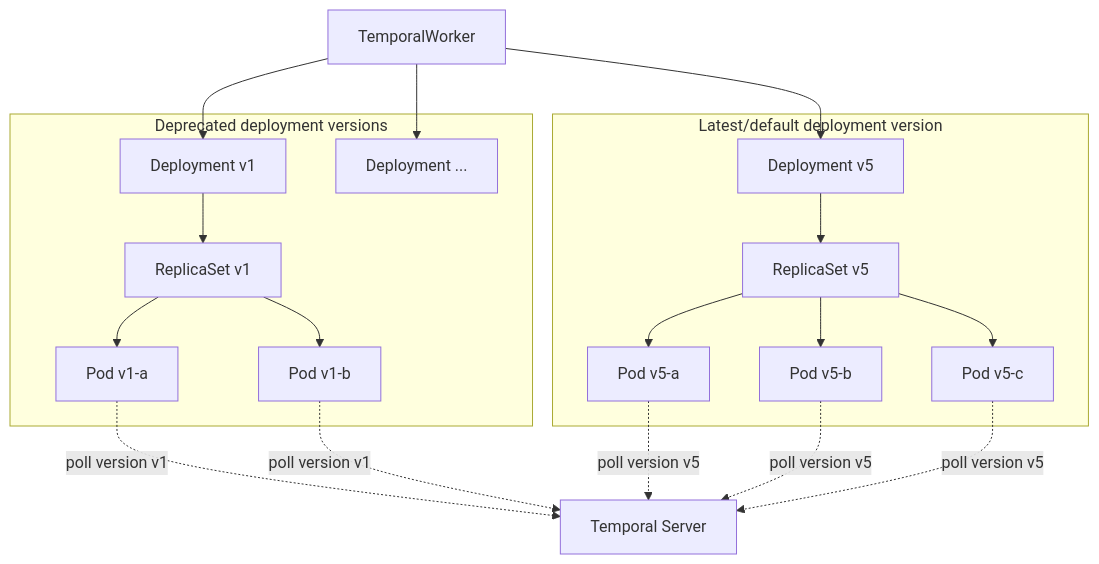
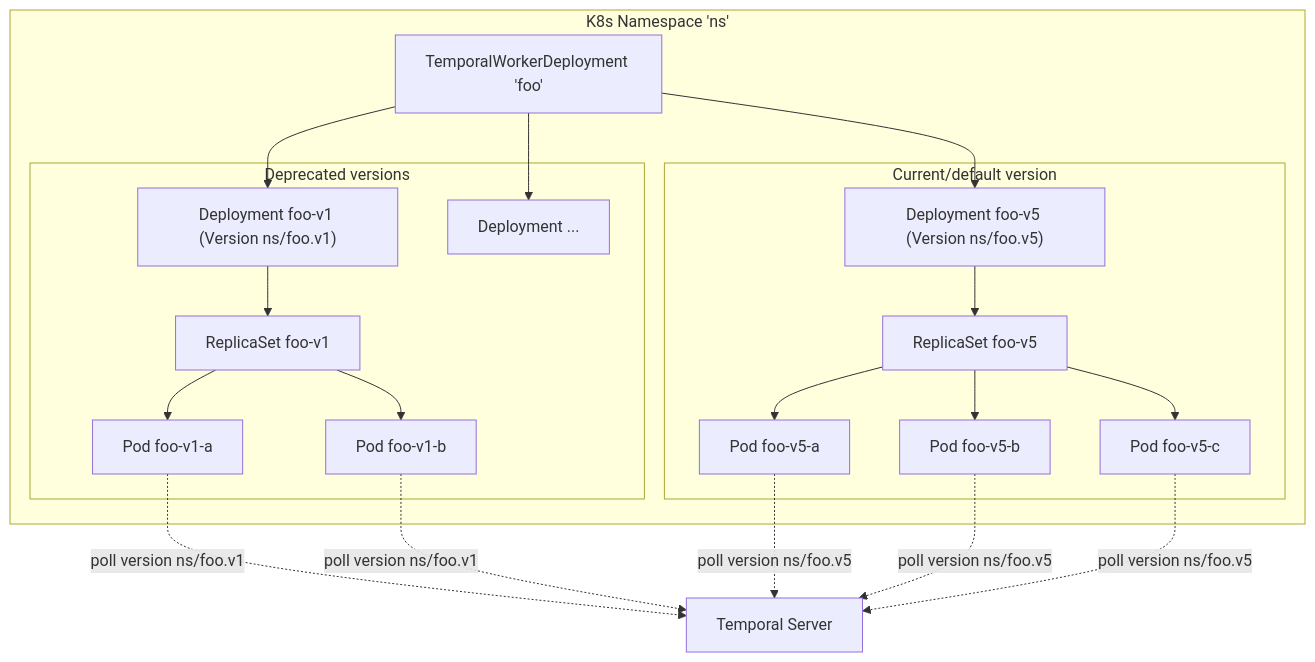
One commit to shashwatsuri/temporal-worker-controller changed the first of 2 diagrams in README.md. Above: the diagram before and after it, drawn with Mermaid. The commit also changed other lines of this file and 2 other files, not shown here.

````diff
--- a/README.md
+++ b/README.md
@@ -66,41 +73,43 @@
 ```mermaid
 flowchart TD
-    wd[TemporalWorker]
-
-    subgraph "Latest/default deployment version"
-        d5["Deployment v5"]
-        rs5["ReplicaSet v5"]
-        p5a["Pod v5-a"]
-        p5b["Pod v5-b"]
-        p5c["Pod v5-c"]
+    subgraph "K8s Namespace 'ns'"
+      twd[TemporalWorkerDeployment 'foo']
+      
+      subgraph "Current/default version"
+        d5["Deployment foo-v5 (Version ns/foo.v5)"]
+        rs5["ReplicaSet foo-v5"]
+        p5a["Pod foo-v5-a"]
+        p5b["Pod foo-v5-b"]
+        p5c["Pod foo-v5-c"]
         d5 --> rs5
         rs5 --> p5a
         rs5 --> p5b
         rs5 --> p5c
-    end
+      end
 
-    subgraph "Deprecated deployment versions"
-        d1["Deployment v1"]
-        rs1["ReplicaSet v1"]
-        p1a["Pod v1-a"]
-        p1b["Pod v1-b"]
+      subgraph "Deprecated versions"
+        d1["Deployment foo-v1 (Version ns/foo.v1)"]
+        rs1["ReplicaSet foo-v1"]
+        p1a["Pod foo-v1-a"]
+        p1b["Pod foo-v1-b"]
         d1 --> rs1
         rs1 --> p1a
         rs1 --> p1b
 
         dN["Deployment ..."]
-    end
+      end
+    end  
 
-    wd --> d1
-    wd --> dN
-    wd --> d5
+    twd --> d1
+    twd --> dN
+    twd --> d5
 
-    p1a -. "poll version v1" .-> server
-    p1b -. "poll version v1" .-> server
+    p1a -. "poll version ns/foo.v1" .-> server
+    p1b -. "poll version ns/foo.v1" .-> server
 
-    p5a -. "poll version v5" .-> server
-    p5b -. "poll version v5" .-> server
-    p5c -. "poll version v5" .-> server
+    p5a -. "poll version ns/foo.v5" .-> server
+    p5b -. "poll version ns/foo.v5" .-> server
+    p5c -. "poll version ns/foo.v5" .-> server
 
     server["Temporal Server"]
 ```
````
